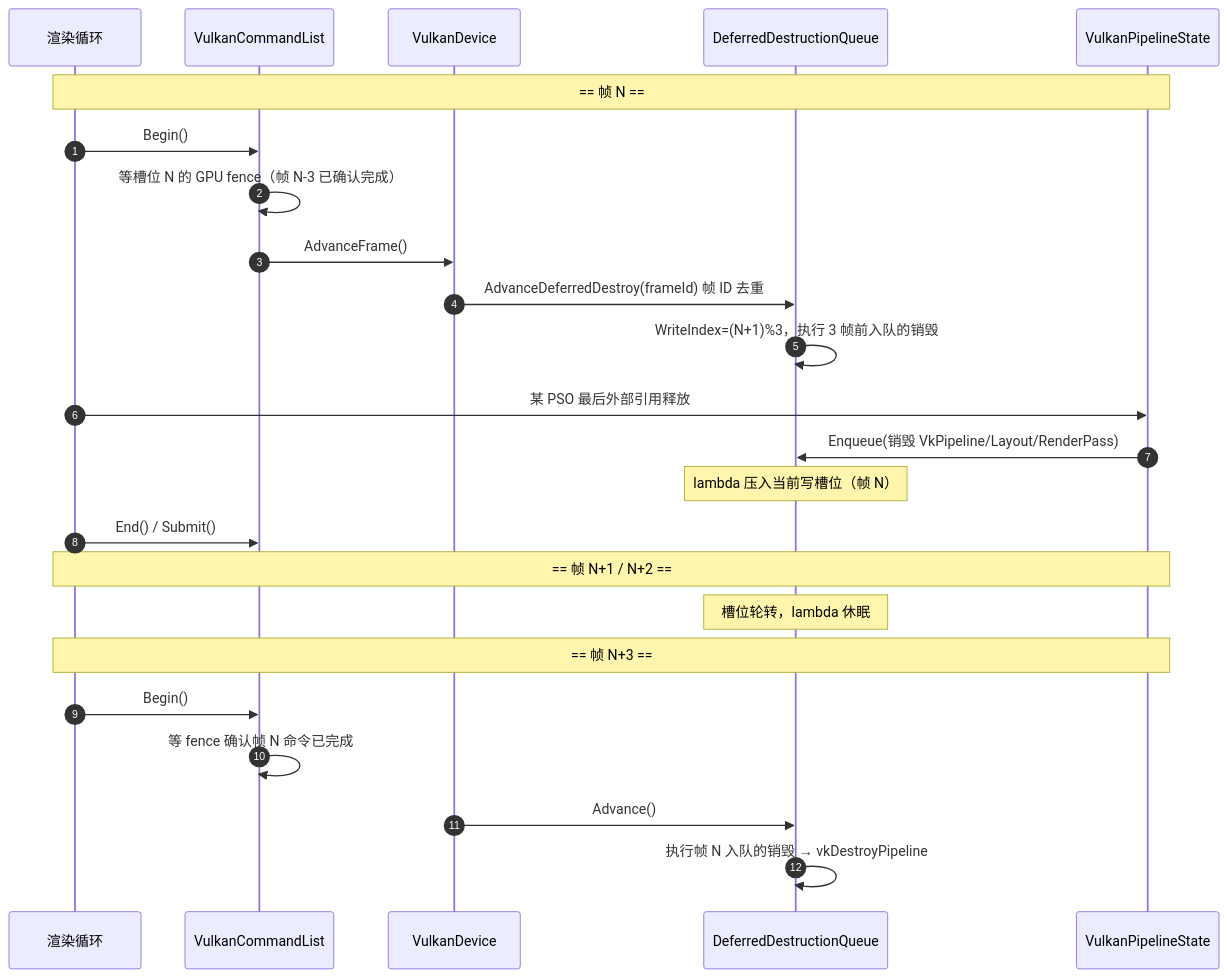
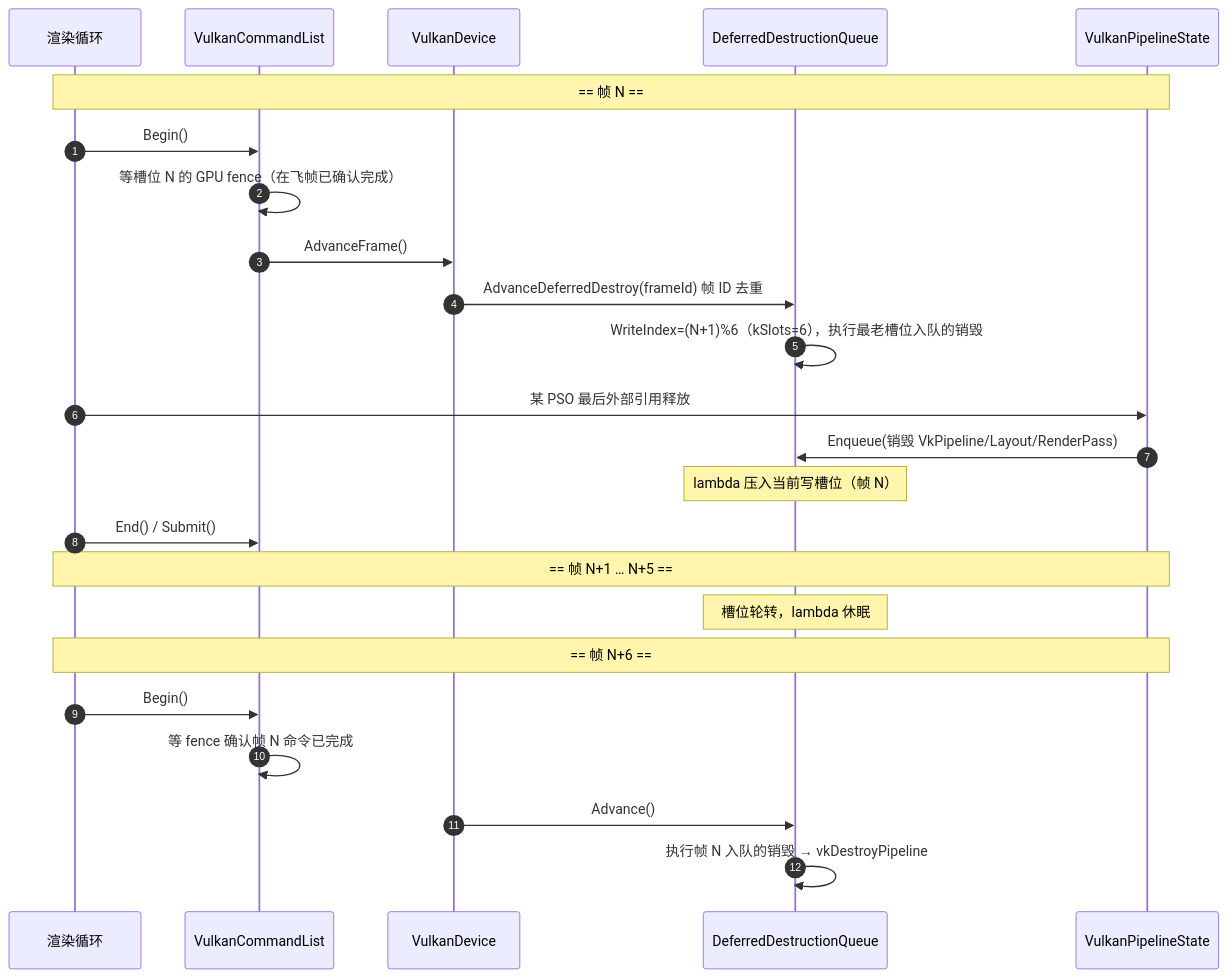
Before and after one commit to huguozhu/HugEngine: the ninth of 12 diagrams in docs/HugEngine引擎介绍/HugEngine架构UML文档.md, drawn with Mermaid. The commit also changed other lines of this file and 2 other files, not shown here.

````diff
--- a/docs/HugEngine引擎介绍/HugEngine架构UML文档.md
+++ b/docs/HugEngine引擎介绍/HugEngine架构UML文档.md
@@ -1215,29 +1289,29 @@
 ```mermaid
 sequenceDiagram
     autonumber
     participant Frame as 渲染循环
     participant Cmd as VulkanCommandList
     participant Dev as VulkanDevice
     participant DDQ as DeferredDestructionQueue
     participant PSO as VulkanPipelineState
 
     Note over Frame,PSO: == 帧 N ==
     Frame->>Cmd: Begin()
-    Cmd->>Cmd: 等槽位 N 的 GPU fence（帧 N-3 已确认完成）
+    Cmd->>Cmd: 等槽位 N 的 GPU fence（在飞帧已确认完成）
     Cmd->>Dev: AdvanceFrame()
     Dev->>DDQ: AdvanceDeferredDestroy(frameId) 帧 ID 去重
-    DDQ->>DDQ: WriteIndex=(N+1)%3，执行 3 帧前入队的销毁
+    DDQ->>DDQ: WriteIndex=(N+1)%6（kSlots=6），执行最老槽位入队的销毁
     Frame->>PSO: 某 PSO 最后外部引用释放
     PSO->>DDQ: Enqueue(销毁 VkPipeline/Layout/RenderPass)
     Note over DDQ: lambda 压入当前写槽位（帧 N）
     Frame->>Cmd: End() / Submit()
 
-    Note over Frame,PSO: == 帧 N+1 / N+2 ==
+    Note over Frame,PSO: == 帧 N+1 … N+5 ==
     Note over DDQ: 槽位轮转，lambda 休眠
 
-    Note over Frame,PSO: == 帧 N+3 ==
+    Note over Frame,PSO: == 帧 N+6 ==
     Frame->>Cmd: Begin()
     Cmd->>Cmd: 等 fence 确认帧 N 命令已完成
     Dev->>DDQ: Advance()
     DDQ->>DDQ: 执行帧 N 入队的销毁 → vkDestroyPipeline
 ```
````
